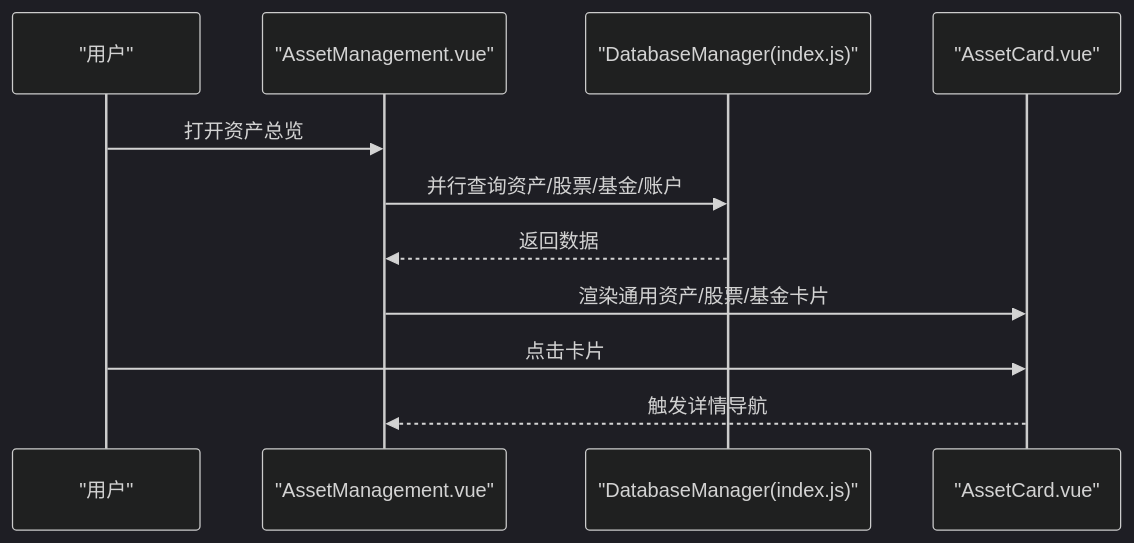
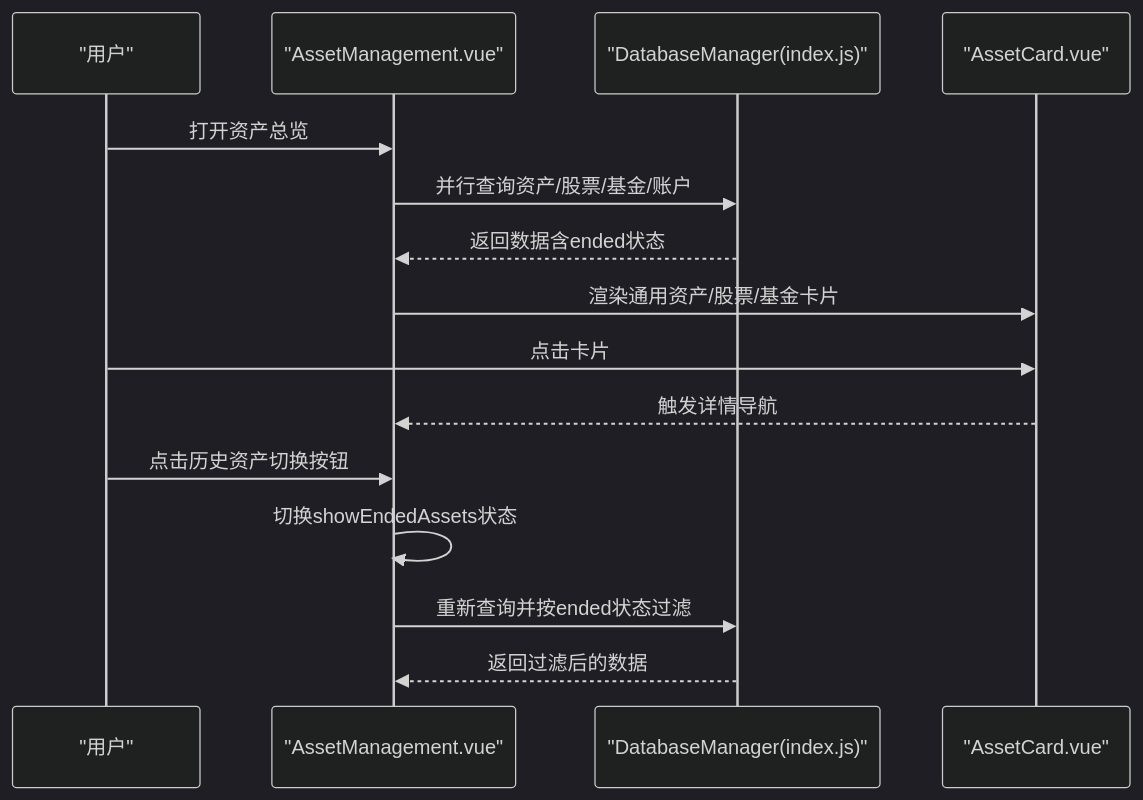
Before and after one commit to xiao-lin-unit/yuan: the second of 11 diagrams in .qoder/repowiki/zh/content/资产管理/资产管理.md, drawn with Mermaid (dark theme). The commit also changed other lines of this file and 10 other files, not shown here.

````diff
--- a/.qoder/repowiki/zh/content/资产管理/资产管理.md
+++ b/.qoder/repowiki/zh/content/资产管理/资产管理.md
@@ -112,13 +102,17 @@
 ```mermaid
 sequenceDiagram
 participant U as "用户"
 participant AM as "AssetManagement.vue"
 participant DB as "DatabaseManager(index.js)"
 participant UI as "AssetCard.vue"
 U->>AM : 打开资产总览
 AM->>DB : 并行查询资产/股票/基金/账户
-DB-->>AM : 返回数据
+DB-->>AM : 返回数据含ended状态
 AM->>UI : 渲染通用资产/股票/基金卡片
 U->>UI : 点击卡片
 UI-->>AM : 触发详情导航
+U->>AM : 点击历史资产切换按钮
+AM->>AM : 切换showEndedAssets状态
+AM->>DB : 重新查询并按ended状态过滤
+DB-->>AM : 返回过滤后的数据
 ```
````
